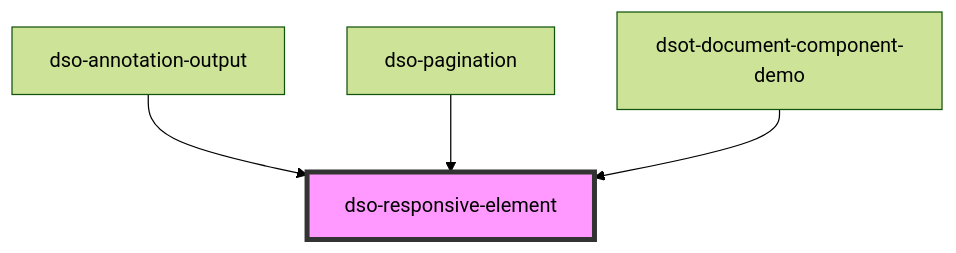
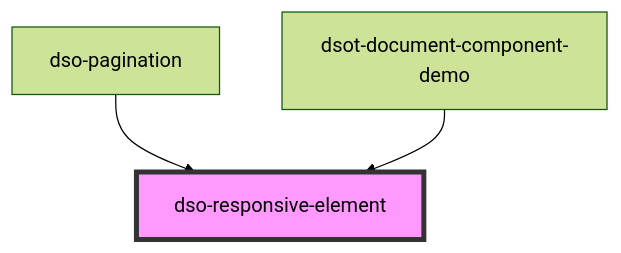
Before and after one commit to dso-toolkit/dso-toolkit: the diagram in packages/core/src/components/responsive-element/readme.md, drawn with Mermaid (forest theme). The commit also changed other lines of this file and 27 other files, not shown here.

````diff
--- a/packages/core/src/components/responsive-element/readme.md
+++ b/packages/core/src/components/responsive-element/readme.md
@@ -35,7 +34,6 @@
 ```mermaid
 graph TD;
-  dso-annotation-output --> dso-responsive-element
   dso-pagination --> dso-responsive-element
   dsot-document-component-demo --> dso-responsive-element
   style dso-responsive-element fill:#f9f,stroke:#333,stroke-width:4px
 ```
````
